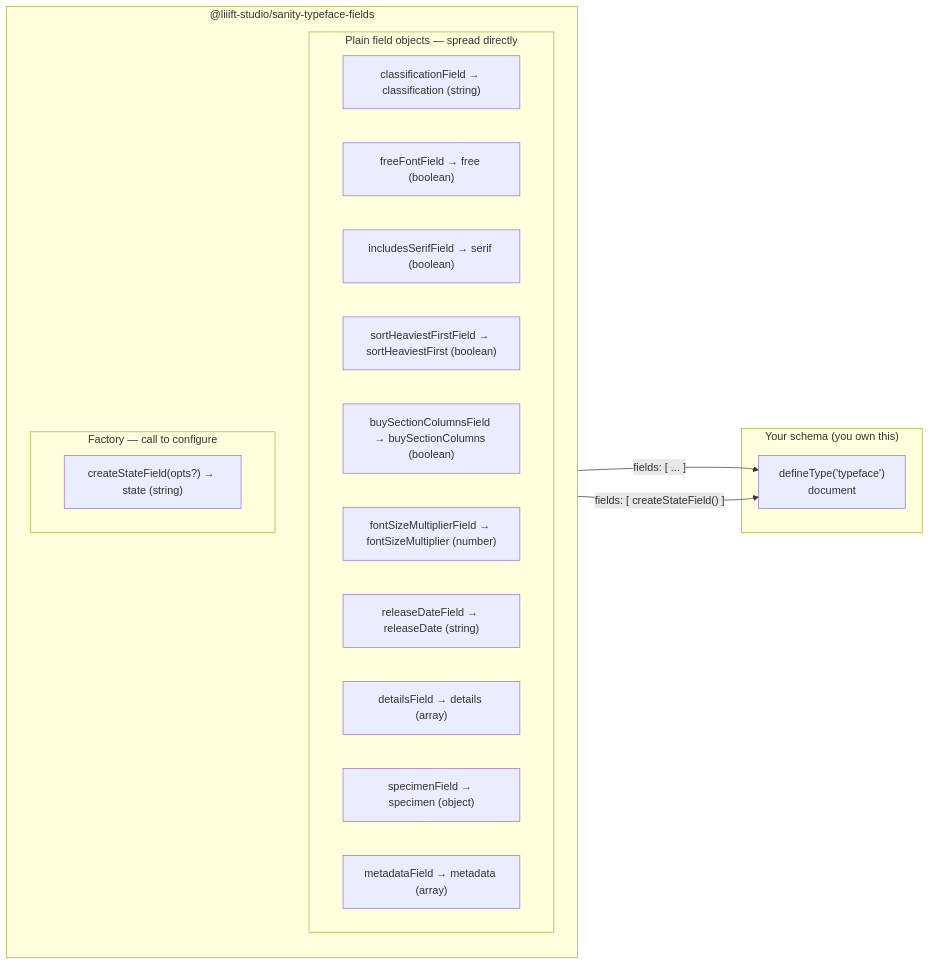
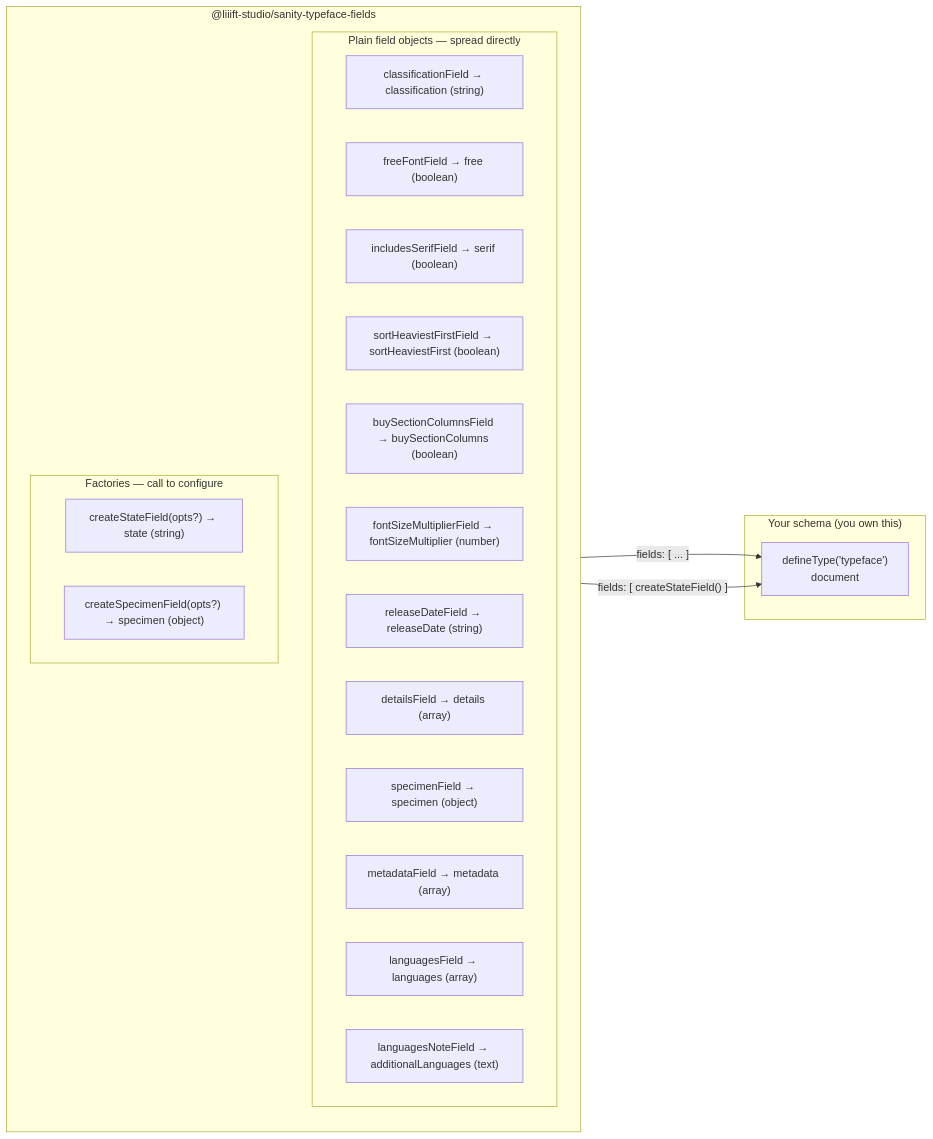
One commit to over-punch/sanity-typeface-fields changed the diagram in README.md. Above: the diagram before and after it, drawn with Mermaid. The commit also changed other lines of this file, not shown here.

````diff
--- a/README.md
+++ b/README.md
@@ -15,28 +15,31 @@
 ```mermaid
 flowchart LR
 	subgraph YOUR["Your schema (you own this)"]
 		DOC["defineType('typeface')\ndocument"]
 	end
 
 	subgraph PKG["@liiift-studio/sanity-typeface-fields"]
 		direction TB
 		subgraph OBJ["Plain field objects — spread directly"]
 			F1["classificationField → classification (string)"]
 			F2["freeFontField → free (boolean)"]
 			F3["includesSerifField → serif (boolean)"]
 			F4["sortHeaviestFirstField → sortHeaviestFirst (boolean)"]
 			F5["buySectionColumnsField → buySectionColumns (boolean)"]
 			F6["fontSizeMultiplierField → fontSizeMultiplier (number)"]
 			F7["releaseDateField → releaseDate (string)"]
 			F8["detailsField → details (array)"]
 			F9["specimenField → specimen (object)"]
 			F10["metadataField → metadata (array)"]
+			F11["languagesField → languages (array)"]
+			F12["languagesNoteField → additionalLanguages (text)"]
 		end
-		subgraph FAC["Factory — call to configure"]
+		subgraph FAC["Factories — call to configure"]
 			FA["createStateField(opts?) → state (string)"]
+			FB["createSpecimenField(opts?) → specimen (object)"]
 		end
 	end
 
 	OBJ -- "fields: [ ... ]" --> DOC
 	FAC -- "fields: [ createStateField() ]" --> DOC
 ```
````
